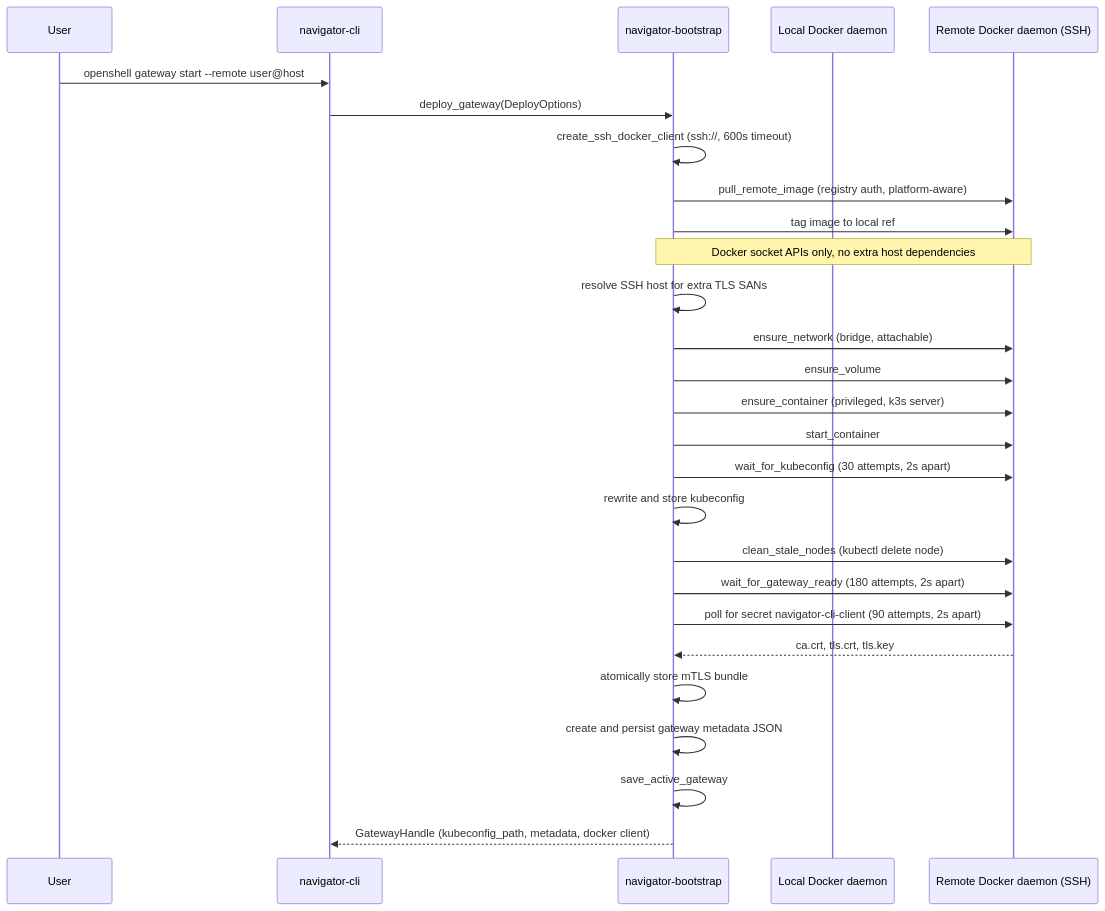
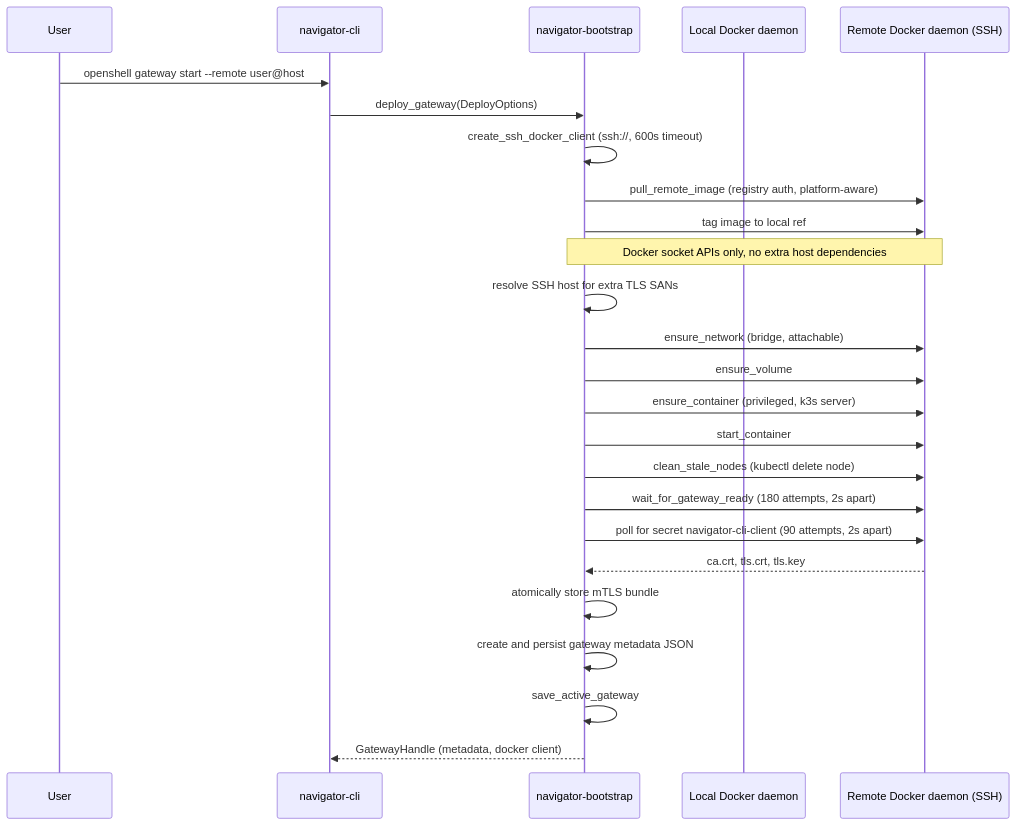
One commit to NVIDIA/OpenShell changed the first of 3 diagrams in architecture/gateway-single-node.md. Above: the diagram before and after it, drawn with Mermaid. The commit also changed other lines of this file and 29 other files, not shown here.

````diff
--- a/architecture/gateway-single-node.md
+++ b/architecture/gateway-single-node.md
@@ -76,33 +76,31 @@
 ```mermaid
 sequenceDiagram
   participant U as User
   participant C as navigator-cli
   participant B as navigator-bootstrap
   participant L as Local Docker daemon
   participant R as Remote Docker daemon (SSH)
 
   U->>C: openshell gateway start --remote user@host
   C->>B: deploy_gateway(DeployOptions)
 
   B->>B: create_ssh_docker_client (ssh://, 600s timeout)
   B->>R: pull_remote_image (registry auth, platform-aware)
   B->>R: tag image to local ref
 
   Note over B,R: Docker socket APIs only, no extra host dependencies
 
   B->>B: resolve SSH host for extra TLS SANs
   B->>R: ensure_network (bridge, attachable)
   B->>R: ensure_volume
   B->>R: ensure_container (privileged, k3s server)
   B->>R: start_container
-  B->>R: wait_for_kubeconfig (30 attempts, 2s apart)
-  B->>B: rewrite and store kubeconfig
   B->>R: clean_stale_nodes (kubectl delete node)
   B->>R: wait_for_gateway_ready (180 attempts, 2s apart)
   B->>R: poll for secret navigator-cli-client (90 attempts, 2s apart)
   R-->>B: ca.crt, tls.crt, tls.key
   B->>B: atomically store mTLS bundle
   B->>B: create and persist gateway metadata JSON
   B->>B: save_active_gateway
-  B-->>C: GatewayHandle (kubeconfig_path, metadata, docker client)
+  B-->>C: GatewayHandle (metadata, docker client)
 ```
````
